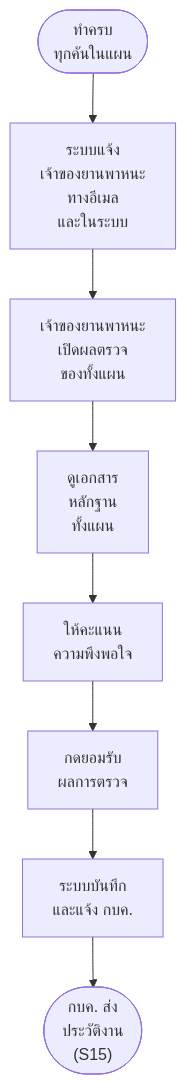
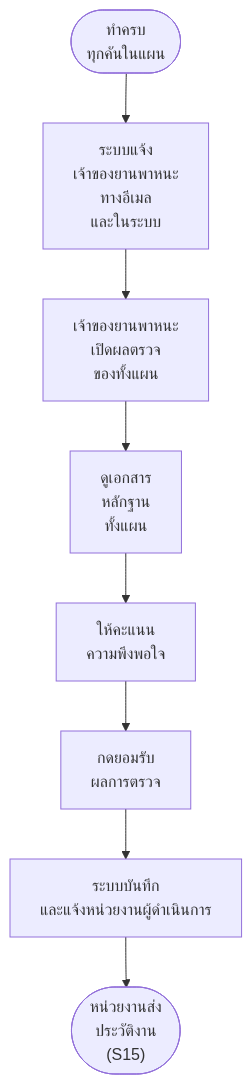
Diagram 15 of 20 in Diagram/01-บำรุงรักษาตามวาระ/27-บำรุงรักษา-flowchart-กิจกรรม.md (anugmail/Maintenance-Request-Form), drawn with Mermaid before and after one commit. The commit also changed other lines of this file and 7 other files, not shown here.

First line of the commit message:
บำรุงรักษา: คำกลางแทน "กบค." ที่เป็นผู้ทำงาน (หน่วยงาน · หน่วยงานผู้ดำเนินการ · หัวหน้าหน่วยงาน · ผู้สร้างแผนเดินทาง) · "ดำเนินการเอง" แทน "กบค. ดำเนินการเอง"

````diff
--- a/Diagram/01-บำรุงรักษาตามวาระ/27-บำรุงรักษา-flowchart-กิจกรรม.md
+++ b/Diagram/01-บำรุงรักษาตามวาระ/27-บำรุงรักษา-flowchart-กิจกรรม.md
@@ -298,10 +298,10 @@
 ```mermaid
 flowchart TD
     S(["ทำครบ<br/>ทุกคันในแผน"]) --> A1["ระบบแจ้ง<br/>เจ้าของยานพาหนะ<br/>ทางอีเมล<br/>และในระบบ"]
     A1 --> A2["เจ้าของยานพาหนะ<br/>เปิดผลตรวจ<br/>ของทั้งแผน"]
     A2 --> A3["ดูเอกสาร<br/>หลักฐาน<br/>ทั้งแผน"]
     A3 --> A4["ให้คะแนน<br/>ความพึงพอใจ"]
     A4 --> A5["กดยอมรับ<br/>ผลการตรวจ"]
-    A5 --> A6["ระบบบันทึก<br/>และแจ้ง กบค."]
-    A6 --> E(["กบค. ส่ง<br/>ประวัติงาน<br/>(S15)"])
+    A5 --> A6["ระบบบันทึก<br/>และแจ้งหน่วยงานผู้ดำเนินการ"]
+    A6 --> E(["หน่วยงานส่ง<br/>ประวัติงาน<br/>(S15)"])
 ```
````
